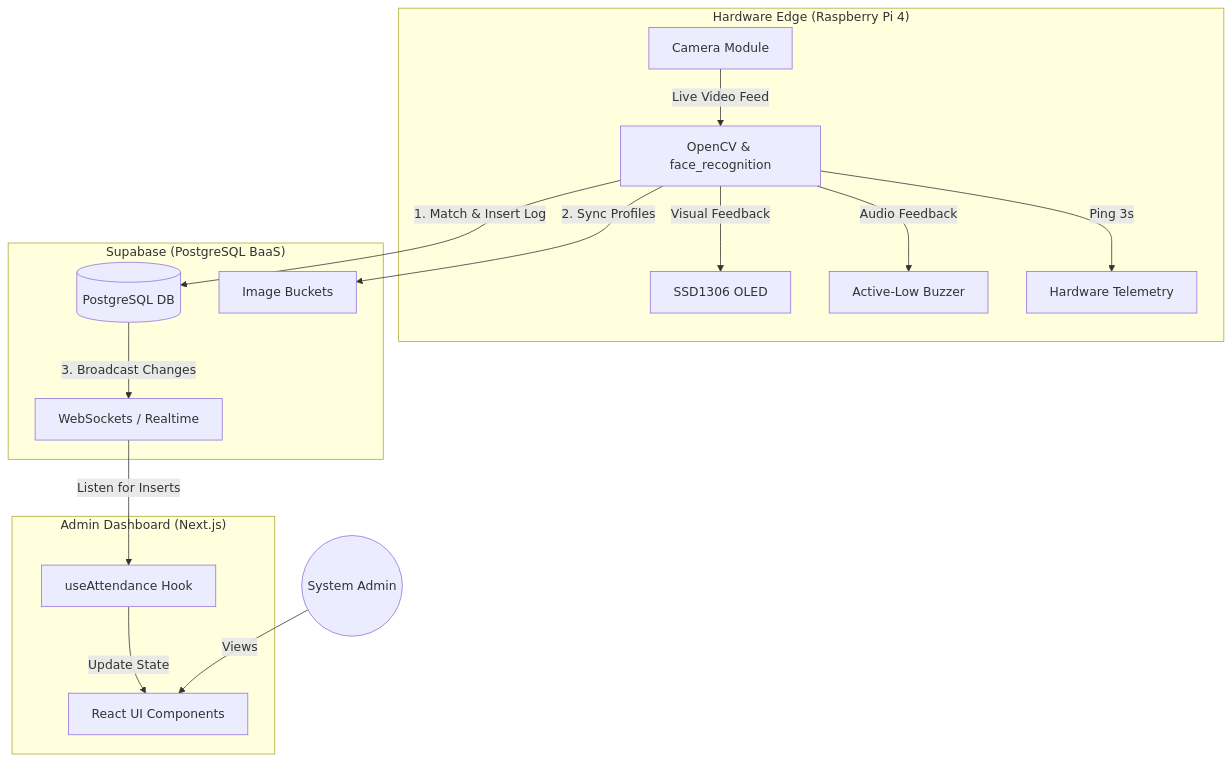
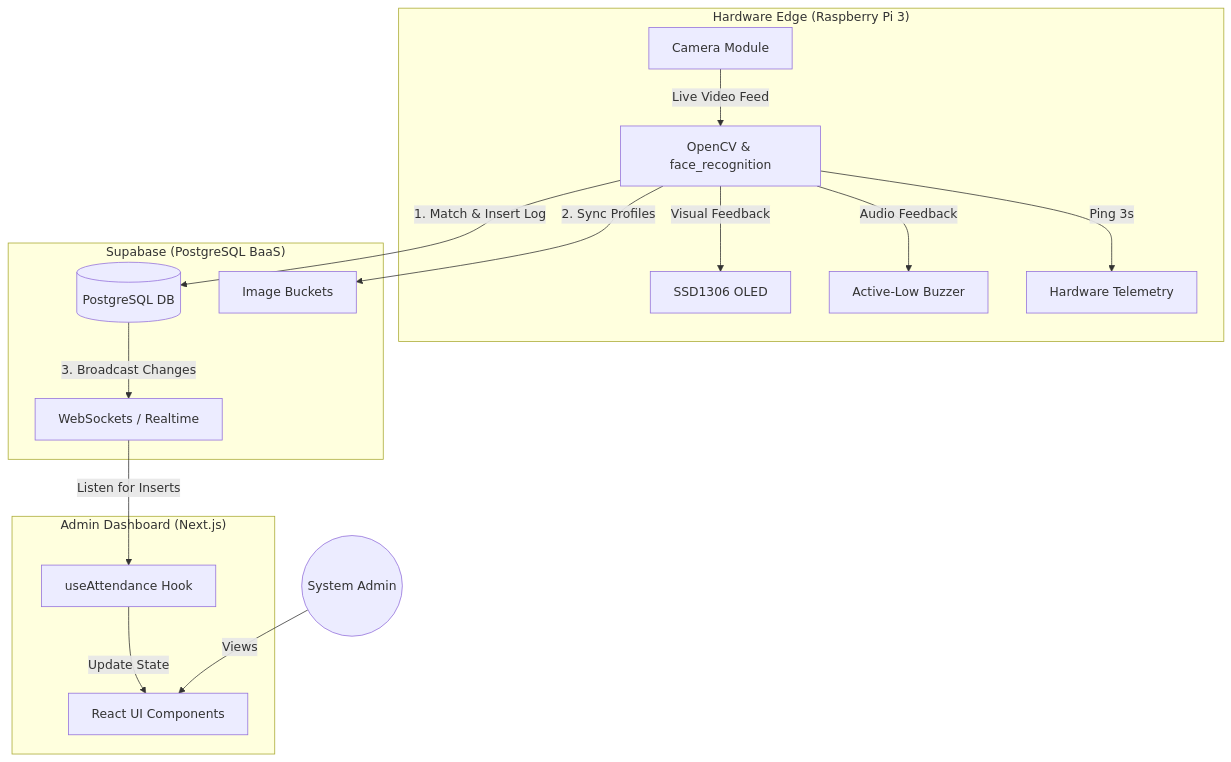
Before and after one commit to syahmiaof/greetly: the first of 3 diagrams in README.md, drawn with Mermaid. The commit also changed other lines of this file, not shown here.

Commit message:
docs: Add detailed Sequence Diagram and update Pi versions to 3

````diff
--- a/README.md
+++ b/README.md
@@ -13,33 +13,33 @@
 ```mermaid
 graph TD
     %% Edge Device Layer
-    subgraph Edge["Hardware Edge (Raspberry Pi 4)"]
+    subgraph Edge["Hardware Edge (Raspberry Pi 3)"]
         Cam[Camera Module] -->|Live Video Feed| CV[OpenCV & face_recognition]
         CV -->|Visual Feedback| OLED[SSD1306 OLED]
         CV -->|Audio Feedback| Buzz[Active-Low Buzzer]
         CV -->|Ping 3s| Telemetry[Hardware Telemetry]
     end
 
     %% Cloud Database Layer
     subgraph CloudDB["Supabase (PostgreSQL BaaS)"]
         DB[(PostgreSQL DB)]
         Storage[Image Buckets]
         Realtime[WebSockets / Realtime]
         
         CV -->|1. Match & Insert Log| DB
         CV -->|2. Sync Profiles| Storage
         DB -->|3. Broadcast Changes| Realtime
     end
 
     %% Web Dashboard Layer
     subgraph WebApp["Admin Dashboard (Next.js)"]
         UI[React UI Components]
         Hooks[useAttendance Hook]
         
         Realtime -->|Listen for Inserts| Hooks
         Hooks -->|Update State| UI
     end
     
     %% User Action
     Admin((System Admin)) -->|Views| UI
 ```
````
